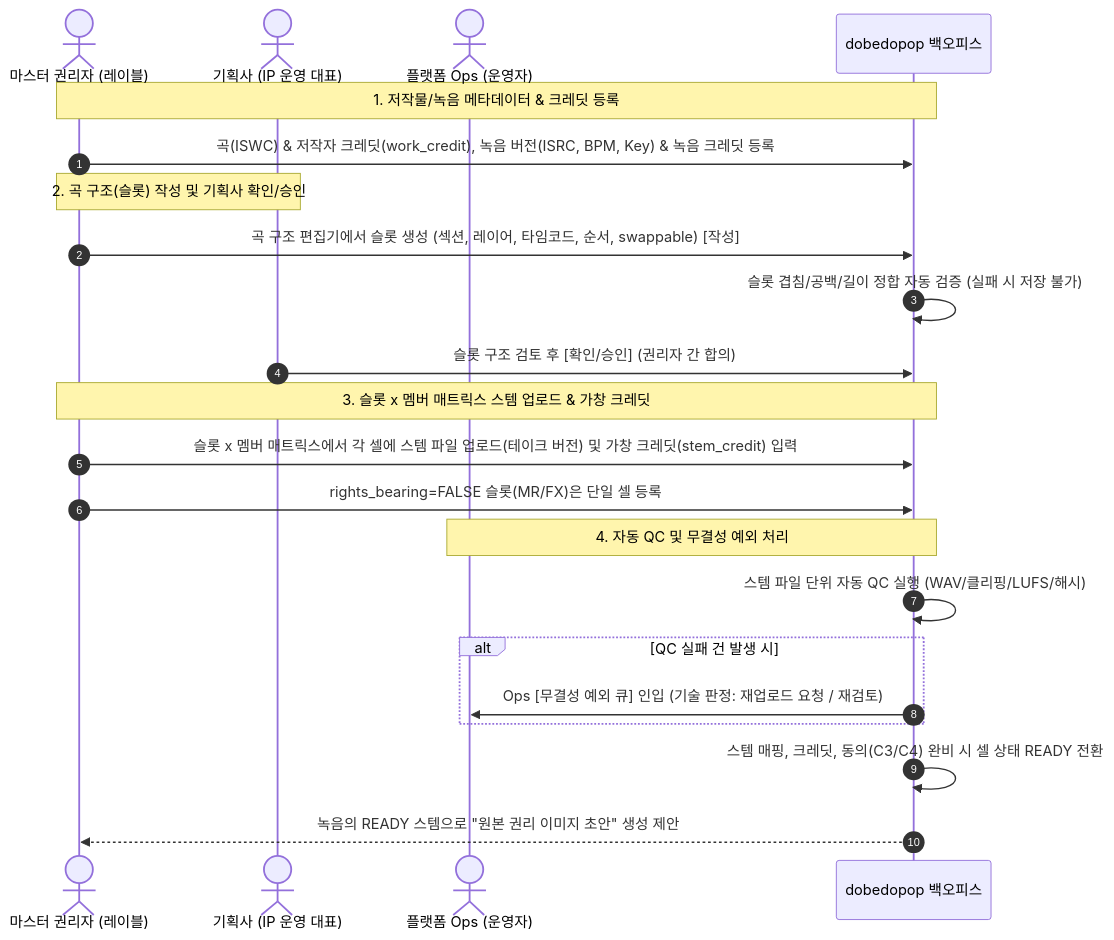
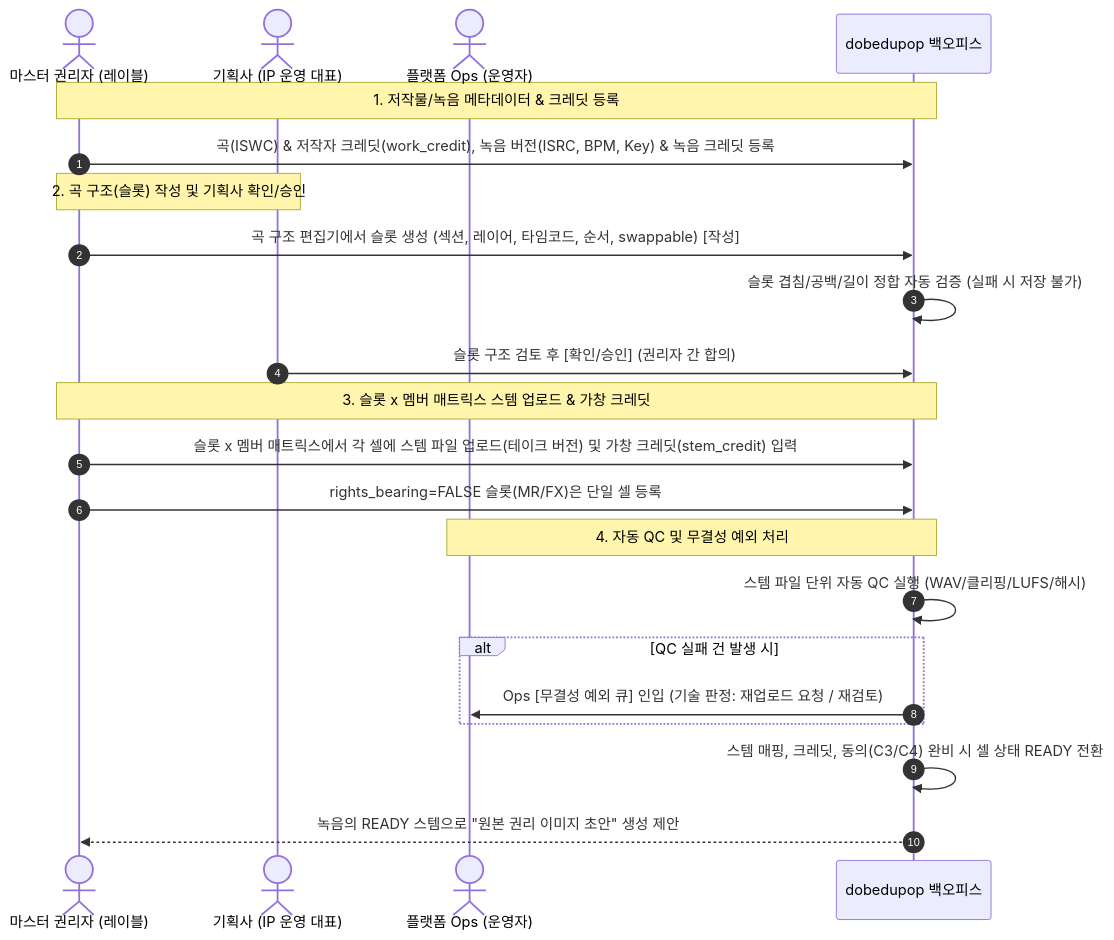
Before and after one commit to changkyuneun-ux/vocal_combination: the second of 9 diagrams in 03_dobedupop_플랫폼설계/최신설계/백오피스_IA_와이어프레임_Userflow.md, drawn with Mermaid. The commit also changed other lines of this file and 33 other files, not shown here.

````diff
--- a/03_dobedupop_플랫폼설계/최신설계/백오피스_IA_와이어프레임_Userflow.md
+++ b/03_dobedupop_플랫폼설계/최신설계/백오피스_IA_와이어프레임_Userflow.md
@@ -198,28 +198,28 @@
 ```mermaid
 sequenceDiagram
     autonumber
     actor Master as 마스터 권리자 (레이블)
     actor Agency as 기획사 (IP 운영 대표)
     actor Ops as 플랫폼 Ops (운영자)
-    participant Sys as dobedopop 백오피스
+    participant Sys as dobedupop 백오피스
 
     Note over Master, Sys: 1. 저작물/녹음 메타데이터 & 크레딧 등록
     Master->>Sys: 곡(ISWC) & 저작자 크레딧(work_credit), 녹음 버전(ISRC, BPM, Key) & 녹음 크레딧 등록
     
     Note over Master, Agency: 2. 곡 구조(슬롯) 작성 및 기획사 확인/승인
     Master->>Sys: 곡 구조 편집기에서 슬롯 생성 (섹션, 레이어, 타임코드, 순서, swappable) [작성]
     Sys->>Sys: 슬롯 겹침/공백/길이 정합 자동 검증 (실패 시 저장 불가)
     Agency->>Sys: 슬롯 구조 검토 후 [확인/승인] (권리자 간 합의)
     
     Note over Master, Sys: 3. 슬롯 x 멤버 매트릭스 스템 업로드 & 가창 크레딧
     Master->>Sys: 슬롯 x 멤버 매트릭스에서 각 셀에 스템 파일 업로드(테이크 버전) 및 가창 크레딧(stem_credit) 입력
     Master->>Sys: rights_bearing=FALSE 슬롯(MR/FX)은 단일 셀 등록
     
     Note over Ops, Sys: 4. 자동 QC 및 무결성 예외 처리
     Sys->>Sys: 스템 파일 단위 자동 QC 실행 (WAV/클리핑/LUFS/해시)
     alt QC 실패 건 발생 시
         Sys->>Ops: Ops [무결성 예외 큐] 인입 (기술 판정: 재업로드 요청 / 재검토)
     end
     Sys->>Sys: 스템 매핑, 크레딧, 동의(C3/C4) 완비 시 셀 상태 READY 전환
     Sys-->>Master: 녹음의 READY 스템으로 "원본 권리 이미지 초안" 생성 제안
 ```
````
